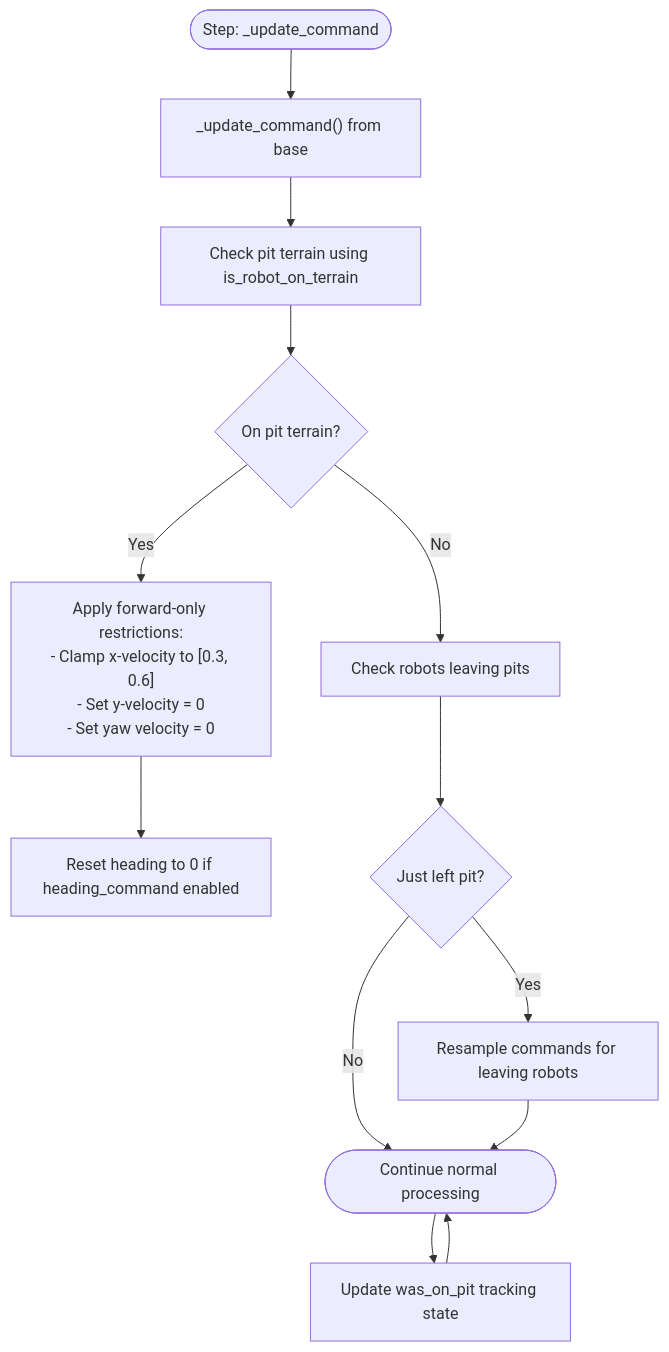
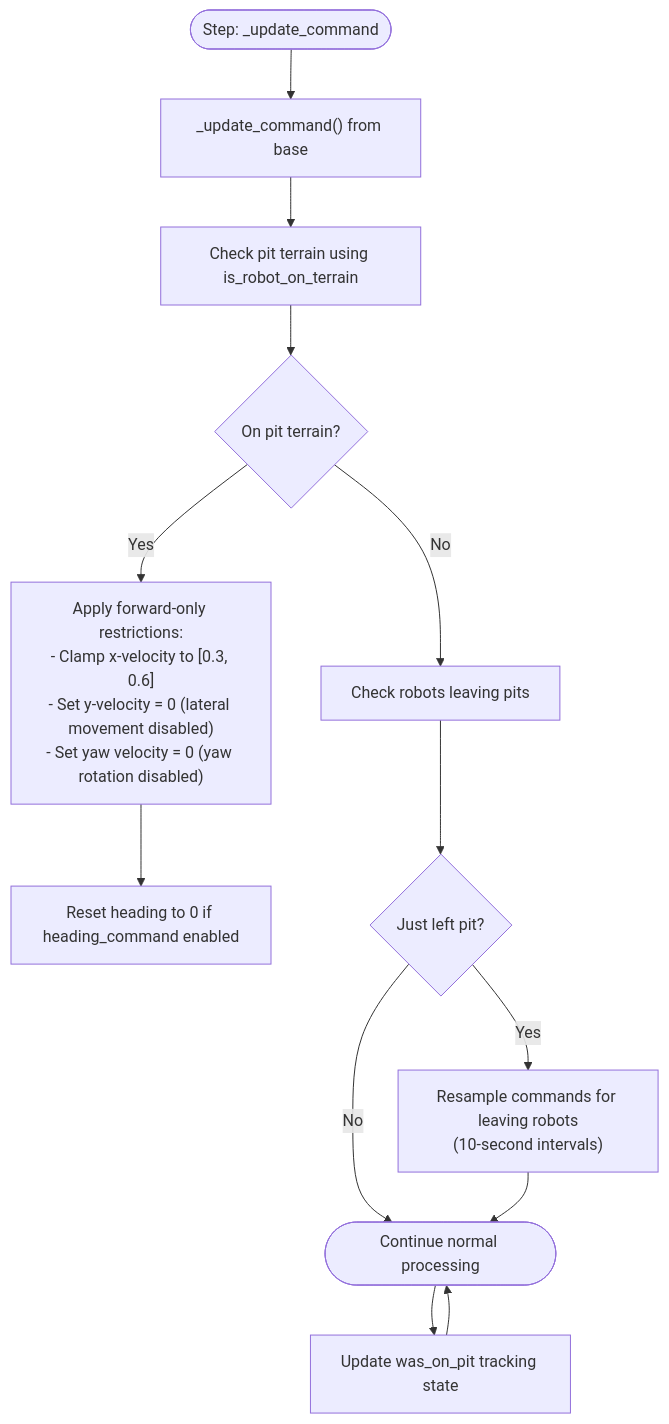
Before and after one commit to jayjayhust/robot_lab: the third of 4 diagrams in .qoder/repowiki/en/content/Task Configuration Framework/Velocity-Based Locomotion Tasks/Command Generation and Tracking.md, drawn with Mermaid. The commit also changed other lines of this file and 6 other files, not shown here.

````diff
--- a/.qoder/repowiki/en/content/Task Configuration Framework/Velocity-Based Locomotion Tasks/Command Generation and Tracking.md
+++ b/.qoder/repowiki/en/content/Task Configuration Framework/Velocity-Based Locomotion Tasks/Command Generation and Tracking.md
@@ -145,15 +148,15 @@
 ```mermaid
 flowchart TD
 Start(["Step: _update_command"]) --> Parent["_update_command() from base"]
 Parent --> TerrainCheck["Check pit terrain using is_robot_on_terrain"]
 TerrainCheck --> PitDetected{"On pit terrain?"}
-PitDetected --> |Yes| ForwardOnly["Apply forward-only restrictions:<br/>- Clamp x-velocity to [0.3, 0.6]<br/>- Set y-velocity = 0<br/>- Set yaw velocity = 0"]
+PitDetected --> |Yes| ForwardOnly["Apply forward-only restrictions:<br/>- Clamp x-velocity to [0.3, 0.6]<br/>- Set y-velocity = 0 (lateral movement disabled)<br/>- Set yaw velocity = 0 (yaw rotation disabled)"]
 ForwardOnly --> HeadingReset["Reset heading to 0 if heading_command enabled"]
 PitDetected --> |No| TransitionCheck["Check robots leaving pits"]
 TransitionCheck --> LeftPit{"Just left pit?"}
-LeftPit --> |Yes| Resample["Resample commands for leaving robots"]
+LeftPit --> |Yes| Resample["Resample commands for leaving robots<br/>(10-second intervals)"]
 LeftPit --> |No| End(["Continue normal processing"])
 Resample --> End
 End --> StateUpdate["Update was_on_pit tracking state"]
 StateUpdate --> End
 ```
````
